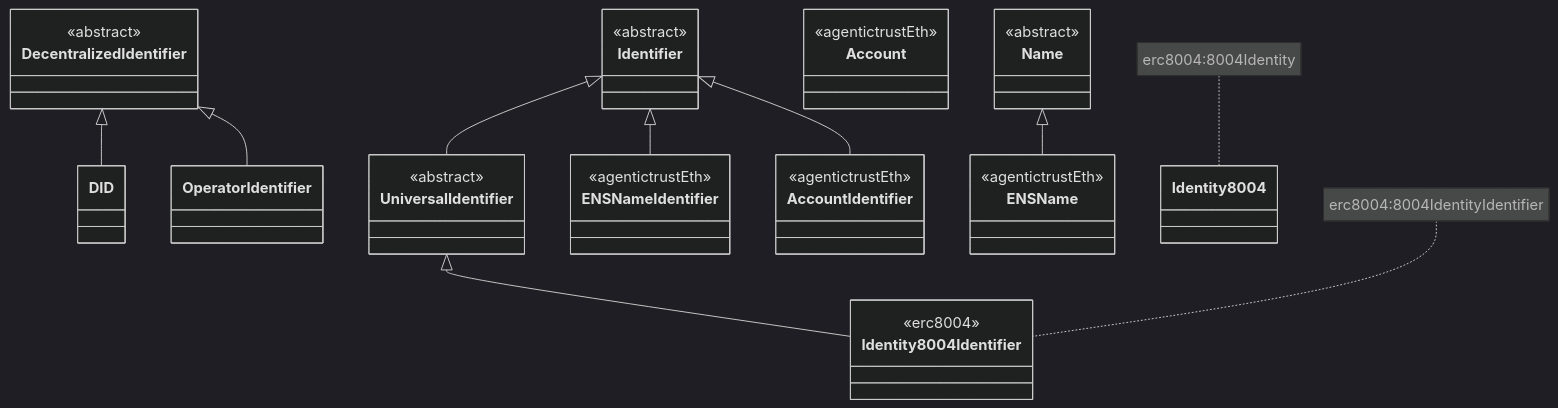
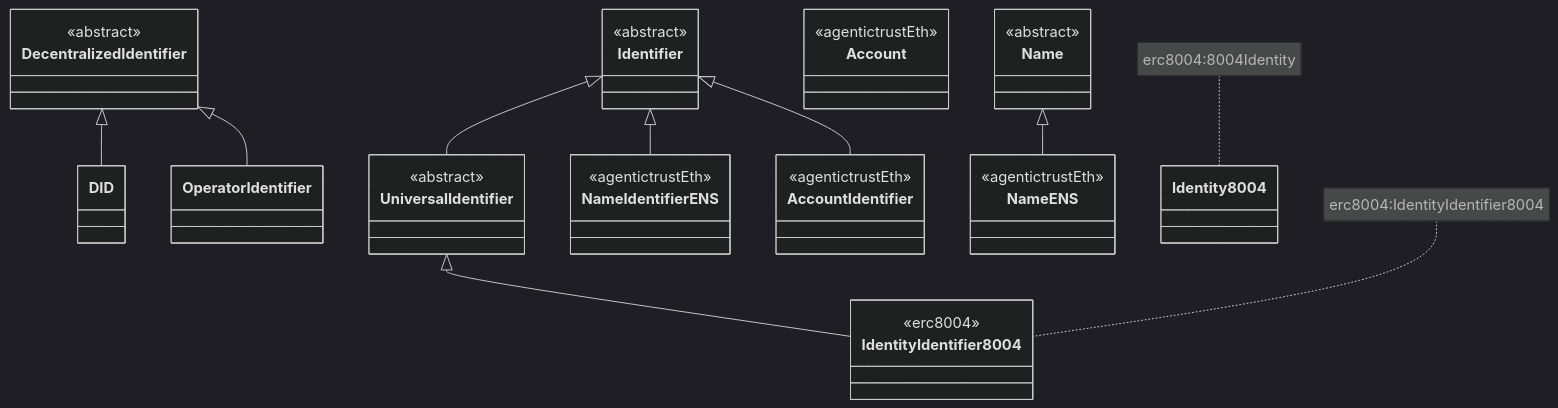
Before and after one commit to Agentic-Trust-Layer/agent-explorer: the first of 6 diagrams in docs/ontology/identifiers.md, drawn with Mermaid (dark theme). The commit also changed other lines of this file and 13 other files, not shown here.

````diff
--- a/docs/ontology/identifiers.md
+++ b/docs/ontology/identifiers.md
@@ -43,47 +43,47 @@
 ```mermaid
 classDiagram
     class Identifier {
         <<abstract>>
     }
     class UniversalIdentifier {
         <<abstract>>
     }
     class DecentralizedIdentifier {
         <<abstract>>
     }
     class DID {
     }
     class OperatorIdentifier {
     }
-    class Identity8004Identifier {
+    class IdentityIdentifier8004 {
         <<erc8004>>
     }
-    class ENSNameIdentifier {
+    class NameIdentifierENS {
         <<agentictrustEth>>
     }
     class AccountIdentifier {
         <<agentictrustEth>>
     }
     class Account {
         <<agentictrustEth>>
     }
     class Name {
         <<abstract>>
     }
-    class ENSName {
+    class NameENS {
         <<agentictrustEth>>
     }
     class Identity8004 {
     }
     
     Identifier <|-- UniversalIdentifier
-    Identifier <|-- ENSNameIdentifier
+    Identifier <|-- NameIdentifierENS
     Identifier <|-- AccountIdentifier
-    UniversalIdentifier <|-- Identity8004Identifier
+    UniversalIdentifier <|-- IdentityIdentifier8004
     DecentralizedIdentifier <|-- DID
     DecentralizedIdentifier <|-- OperatorIdentifier
-    Name <|-- ENSName
+    Name <|-- NameENS
     
-    note for Identity8004Identifier "erc8004:8004IdentityIdentifier"
+    note for IdentityIdentifier8004 "erc8004:IdentityIdentifier8004"
     note for Identity8004 "erc8004:8004Identity"
 ```
````
